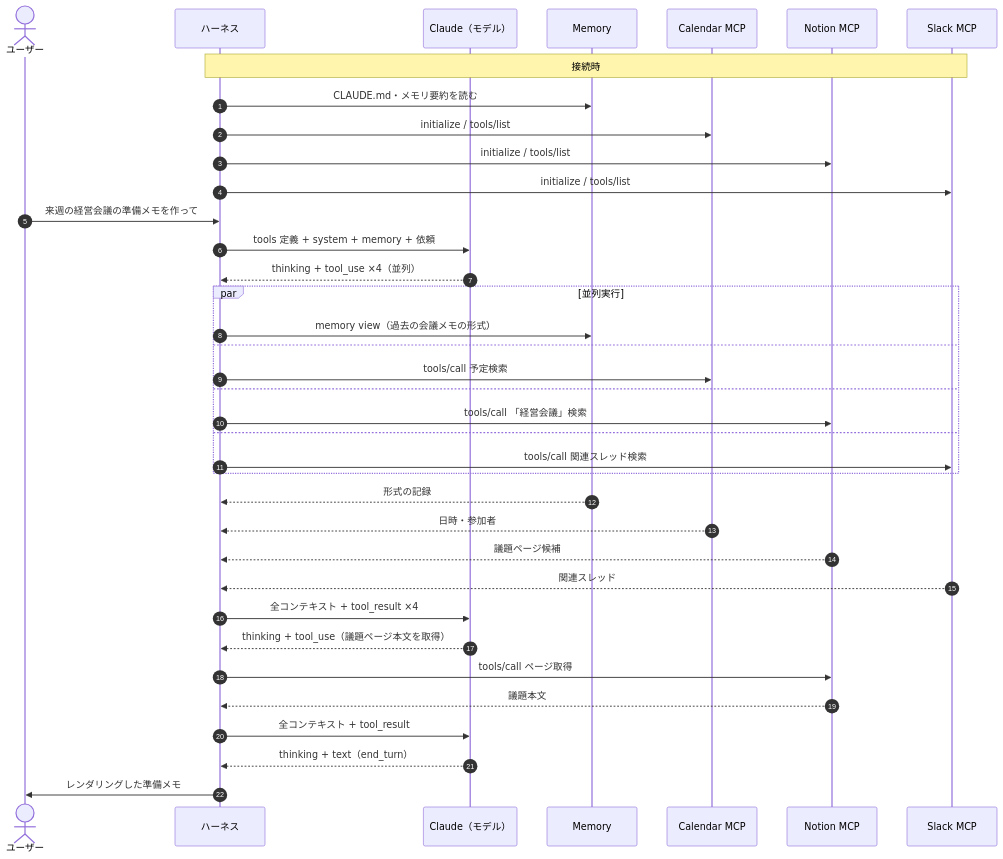
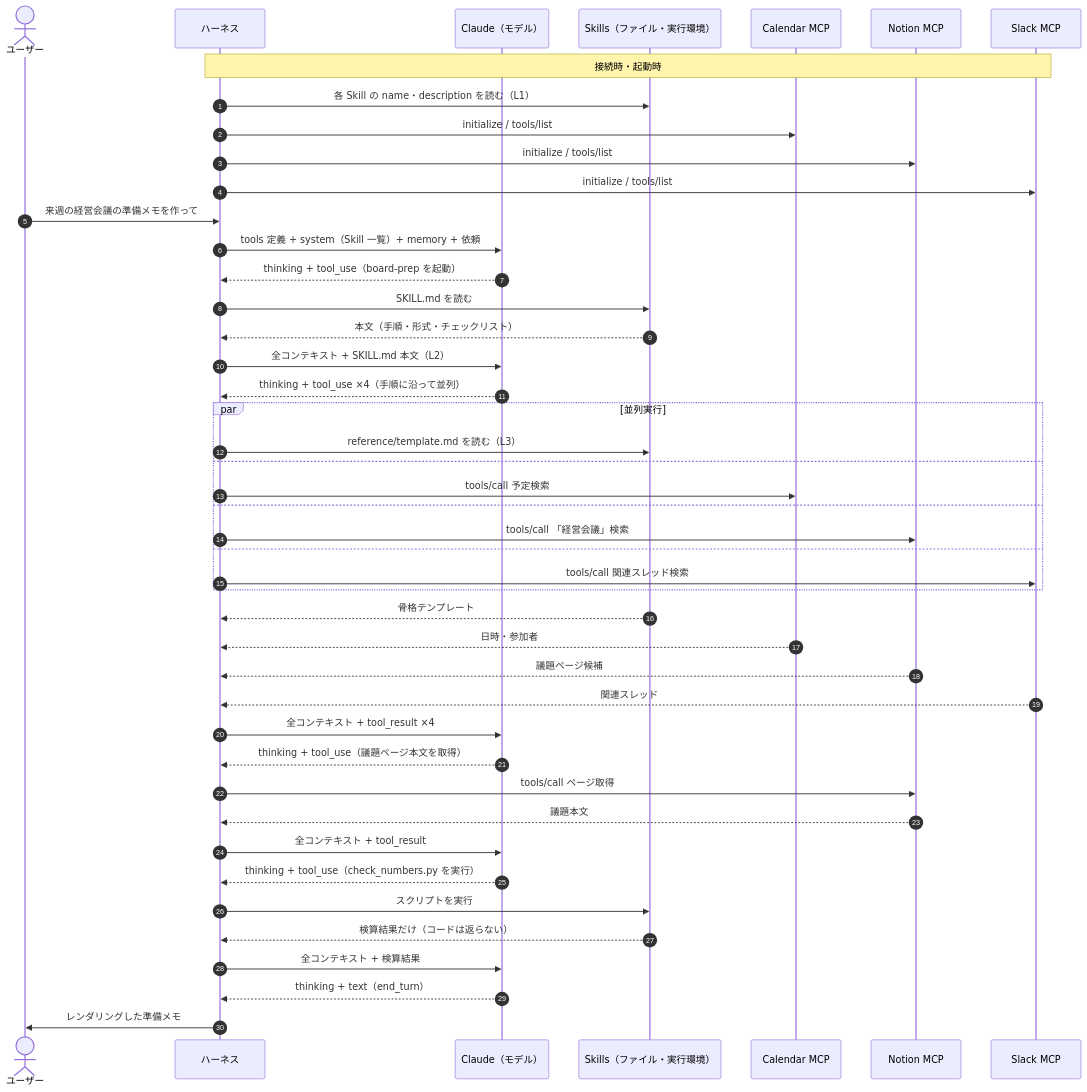
Before and after one commit to ToshiyukiOka/oka_project_01: the diagram in docs/07_claude_processing_architecture.md, drawn with Mermaid. The commit also changed other lines of this file and 4 other files, not shown here.

First line of the commit message:
docs/07: add Claude Skills structure to the processing anatomy

````diff
--- a/docs/07_claude_processing_architecture.md
+++ b/docs/07_claude_processing_architecture.md
@@ -63,41 +148,49 @@
 ```mermaid
 sequenceDiagram
     autonumber
     actor U as ユーザー
     participant H as ハーネス
     participant C as Claude（モデル）
-    participant Mem as Memory
+    participant Sk as Skills（ファイル・実行環境）
     participant Cal as Calendar MCP
     participant No as Notion MCP
     participant Sl as Slack MCP
 
-    Note over H,Sl: 接続時
-    H->>Mem: CLAUDE.md・メモリ要約を読む
+    Note over H,Sl: 接続時・起動時
+    H->>Sk: 各 Skill の name・description を読む（L1）
     H->>Cal: initialize / tools/list
     H->>No: initialize / tools/list
     H->>Sl: initialize / tools/list
 
     U->>H: 来週の経営会議の準備メモを作って
-    H->>C: tools 定義 + system + memory + 依頼
-    C-->>H: thinking + tool_use ×4（並列）
+    H->>C: tools 定義 + system（Skill 一覧）+ memory + 依頼
+    C-->>H: thinking + tool_use（board-prep を起動）
+    H->>Sk: SKILL.md を読む
+    Sk-->>H: 本文（手順・形式・チェックリスト）
+    H->>C: 全コンテキスト + SKILL.md 本文（L2）
+    C-->>H: thinking + tool_use ×4（手順に沿って並列）
     par 並列実行
-      H->>Mem: memory view（過去の会議メモの形式）
+      H->>Sk: reference/template.md を読む（L3）
     and
       H->>Cal: tools/call 予定検索
     and
       H->>No: tools/call 「経営会議」検索
     and
       H->>Sl: tools/call 関連スレッド検索
     end
-    Mem-->>H: 形式の記録
+    Sk-->>H: 骨格テンプレート
     Cal-->>H: 日時・参加者
     No-->>H: 議題ページ候補
     Sl-->>H: 関連スレッド
     H->>C: 全コンテキスト + tool_result ×4
     C-->>H: thinking + tool_use（議題ページ本文を取得）
     H->>No: tools/call ページ取得
     No-->>H: 議題本文
     H->>C: 全コンテキスト + tool_result
+    C-->>H: thinking + tool_use（check_numbers.py を実行）
+    H->>Sk: スクリプトを実行
+    Sk-->>H: 検算結果だけ（コードは返らない）
+    H->>C: 全コンテキスト + 検算結果
     C-->>H: thinking + text（end_turn）
     H->>U: レンダリングした準備メモ
 ```
````
